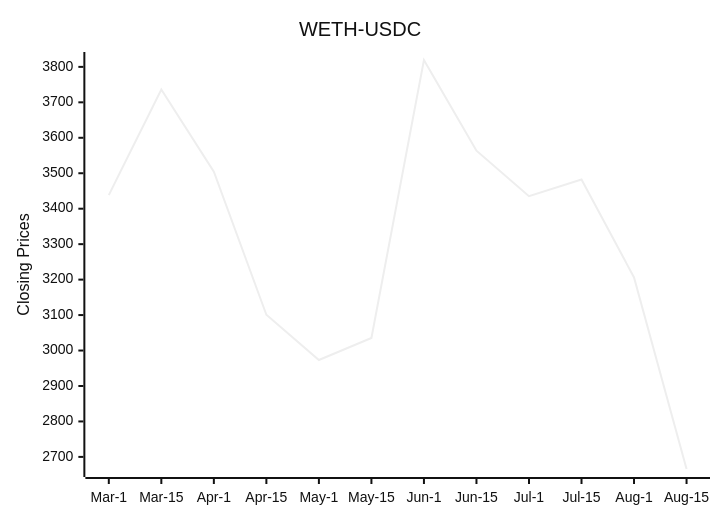
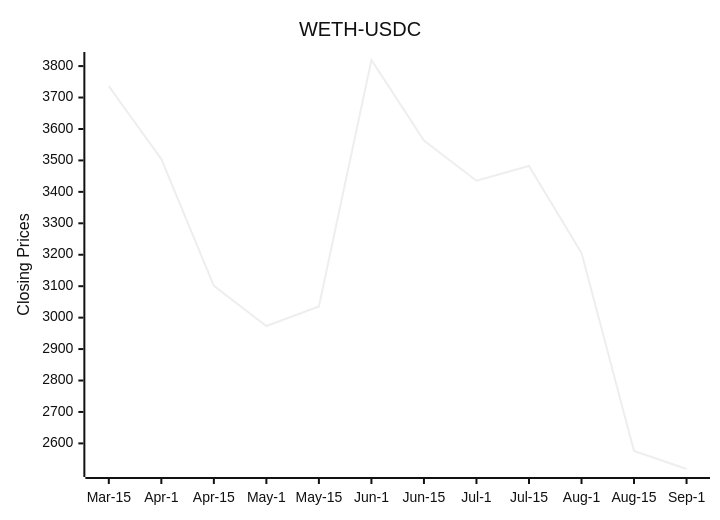
The diagram in README.md (bicced/ReadmeCryptoPriceChart), drawn with Mermaid (neutral theme) before and after one commit.

Commit message:
Update README with latest DEX data

````diff
--- a/README.md
+++ b/README.md
@@ -6,7 +6,7 @@
 ```mermaid
 xychart-beta
   title "WETH-USDC"
-  x-axis [Mar-1,Mar-15,Apr-1,Apr-15,May-1,May-15,Jun-1,Jun-15,Jul-1,Jul-15,Aug-1,Aug-15]
-  y-axis "Closing Prices" 2665.86598347966 --> 3819.38075388494
-  line [3438.35534213694,3736.1373634517,3504.3532147092,3100.95426847415,2973.3332502791,3035.35925312099,3819.38075388494,3563.50423684803,3435.37304391752,3482.40990196361,3205.99009674922,2665.86598347966]
+  x-axis [Mar-15,Apr-1,Apr-15,May-1,May-15,Jun-1,Jun-15,Jul-1,Jul-15,Aug-1,Aug-15,Sep-1]
+  y-axis "Closing Prices" 2518.59106961625 --> 3819.38075388494
+  line [3736.1373634517,3504.3532147092,3100.95426847415,2973.3332502791,3035.35925312099,3819.38075388494,3563.50423684803,3435.37304391752,3482.40990196361,3205.99009674922,2575.67729986359,2518.59106961625]
 ```
````
